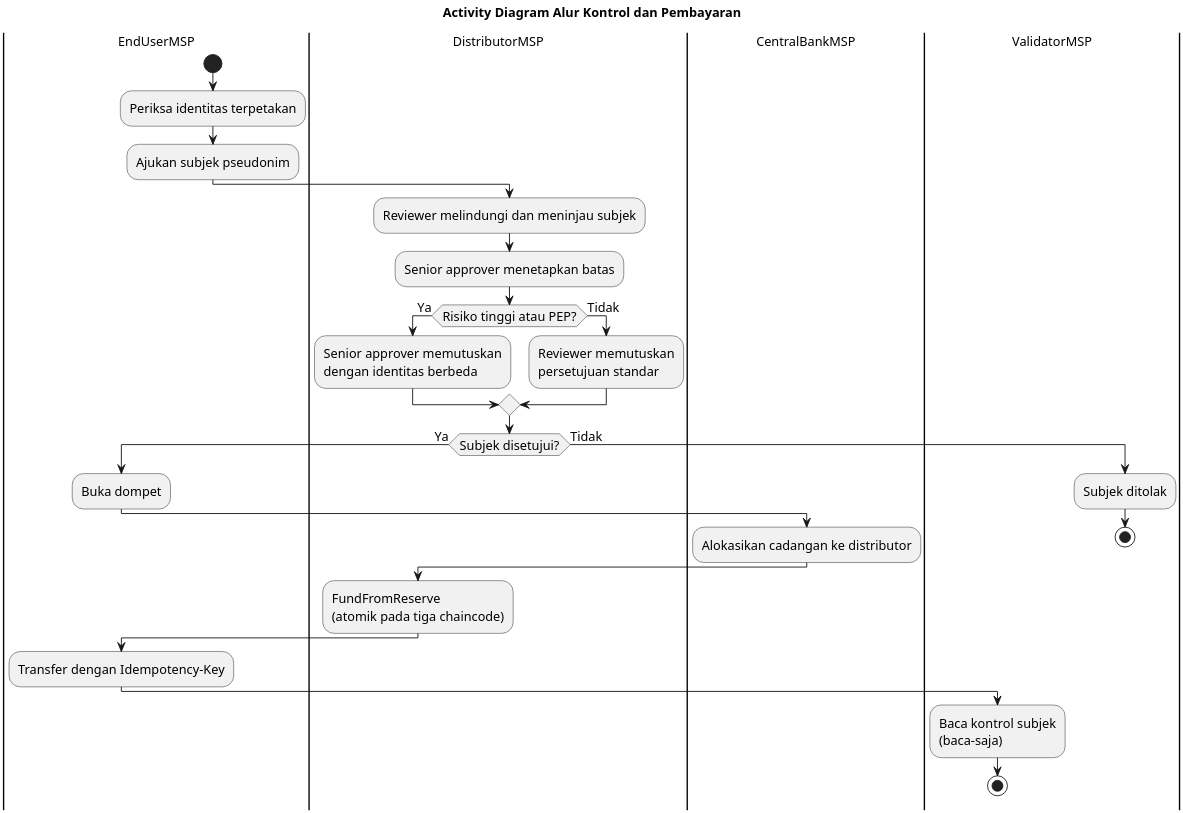
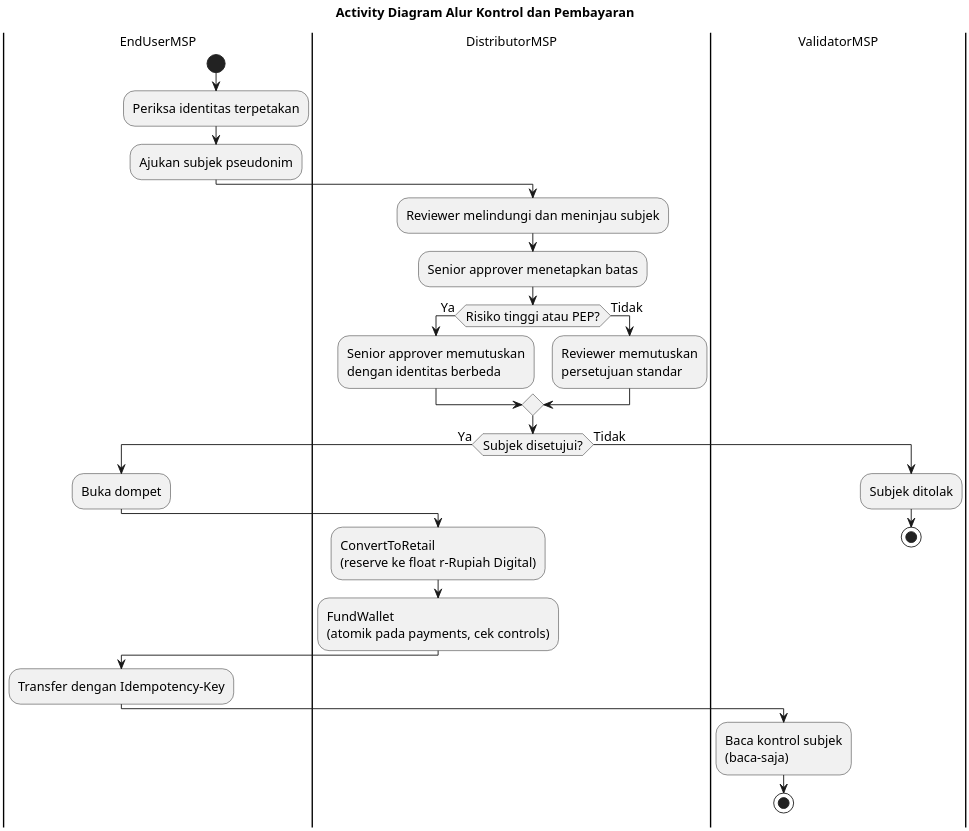
One commit to mfachrizalg/bi-coin changed the diagram in bi-coin-fabric/docs/diagrams/plantuml/controls-study-activity.puml. Above: the diagram before and after it, drawn with PlantUML. The commit also changed 364 other files, not shown here.

```diff
--- a/bi-coin-fabric/docs/diagrams/plantuml/controls-study-activity.puml
+++ b/bi-coin-fabric/docs/diagrams/plantuml/controls-study-activity.puml
@@ -1,37 +1,36 @@
 @startuml controls-study-activity
 title Activity Diagram Alur Kontrol dan Pembayaran
 skinparam monochrome true
 skinparam dpi 300
 skinparam defaultFontName Arial
 skinparam defaultFontSize 14
 skinparam shadowing false
 
 |EndUserMSP|
 start
 :Periksa identitas terpetakan;
 :Ajukan subjek pseudonim;
 |DistributorMSP|
 :Reviewer melindungi dan meninjau subjek;
 :Senior approver menetapkan batas;
 if (Risiko tinggi atau PEP?) then (Ya)
   :Senior approver memutuskan\ndengan identitas berbeda;
 else (Tidak)
   :Reviewer memutuskan\npersetujuan standar;
 endif
 if (Subjek disetujui?) then (Ya)
   |EndUserMSP|
   :Buka dompet;
-  |CentralBankMSP|
-  :Alokasikan cadangan ke distributor;
   |DistributorMSP|
-  :FundFromReserve\n(atomik pada tiga chaincode);
+  :ConvertToRetail\n(reserve ke float r-Rupiah Digital);
+  :FundWallet\n(atomik pada payments, cek controls);
   |EndUserMSP|
   :Transfer dengan Idempotency-Key;
   |ValidatorMSP|
   :Baca kontrol subjek\n(baca-saja);
   stop
 else (Tidak)
   :Subjek ditolak;
   stop
 endif
 @enduml
```
